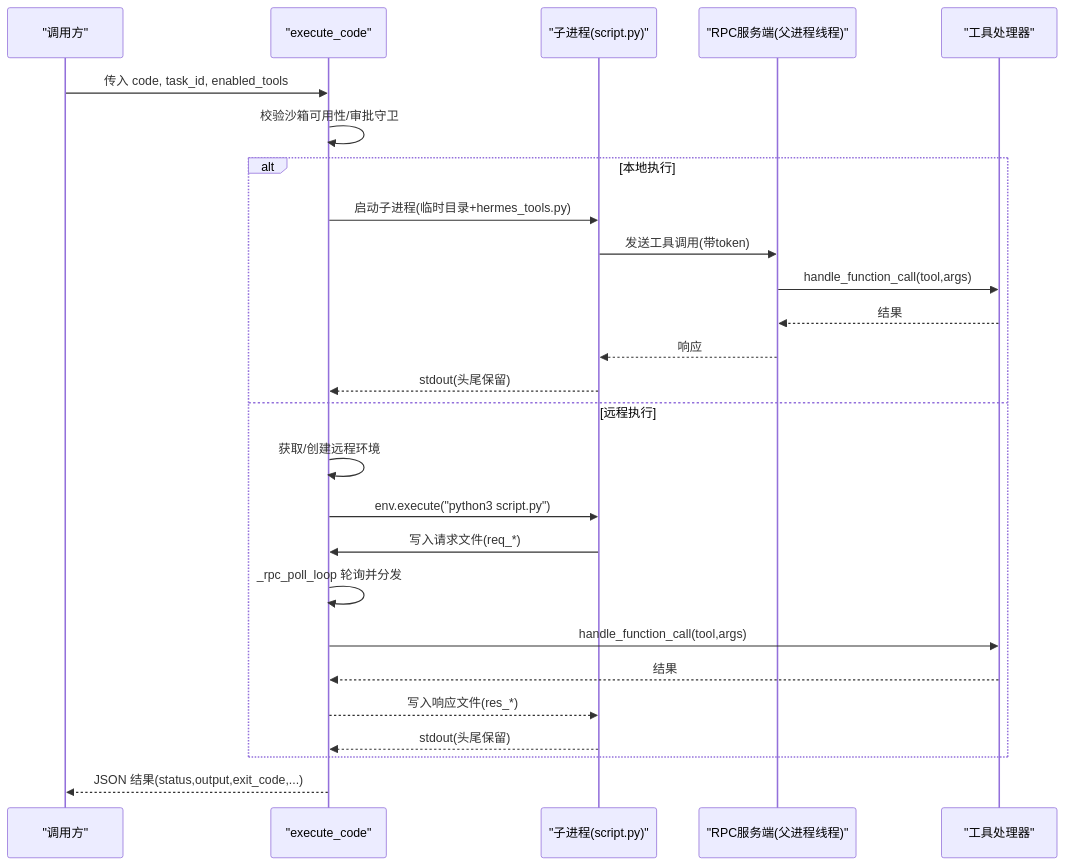
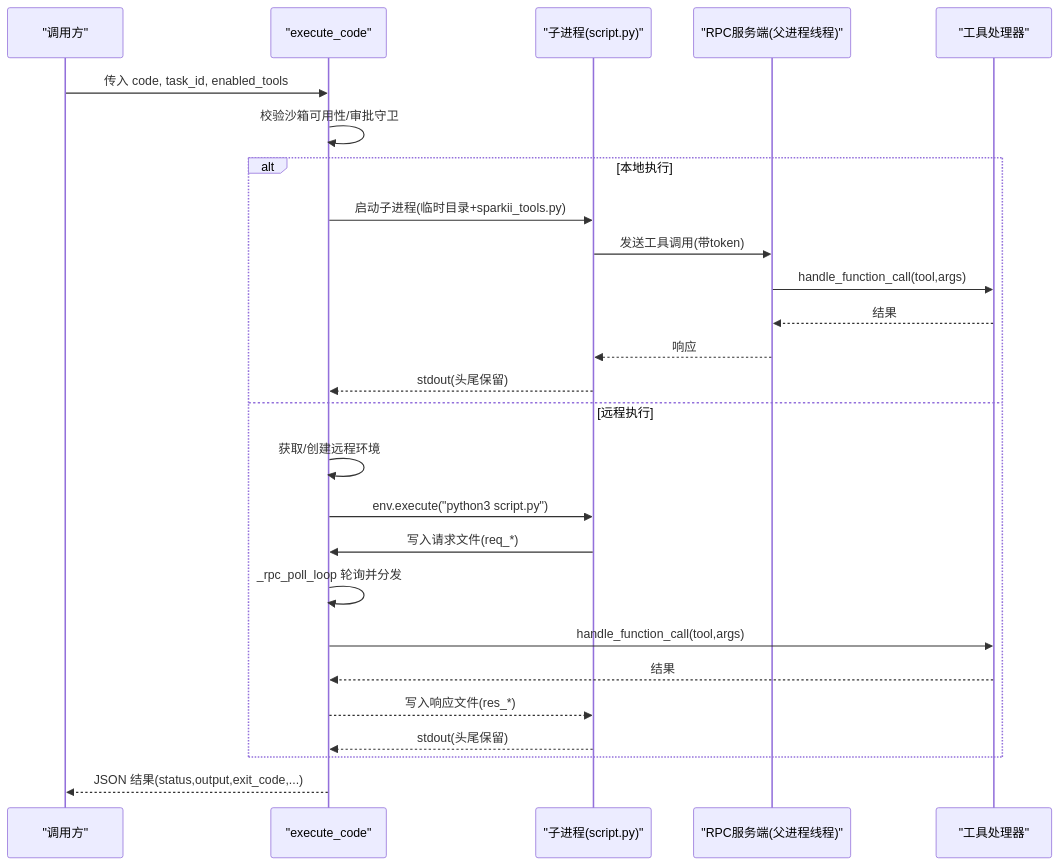
One commit to YueDJ/SpaikiiDesktop changed the second of 7 diagrams in .qoder/repowiki/zh/content/用户指南/桌面应用使用指南/工具使用指南/代码执行工具.md. Above: the diagram before and after it, drawn with Mermaid. The commit also changed other lines of this file and 299 other files, not shown here.

````diff
--- a/.qoder/repowiki/zh/content/用户指南/桌面应用使用指南/工具使用指南/代码执行工具.md
+++ b/.qoder/repowiki/zh/content/用户指南/桌面应用使用指南/工具使用指南/代码执行工具.md
@@ -81,28 +81,28 @@
 ```mermaid
 sequenceDiagram
 participant Caller as "调用方"
 participant Exec as "execute_code"
 participant Child as "子进程(script.py)"
 participant RPCSrv as "RPC服务端(父进程线程)"
 participant Tools as "工具处理器"
 Caller->>Exec : 传入 code, task_id, enabled_tools
 Exec->>Exec : 校验沙箱可用性/审批守卫
 alt 本地执行
-Exec->>Child : 启动子进程(临时目录+hermes_tools.py)
+Exec->>Child : 启动子进程(临时目录+sparkii_tools.py)
 Child->>RPCSrv : 发送工具调用(带token)
 RPCSrv->>Tools : handle_function_call(tool,args)
 Tools-->>RPCSrv : 结果
 RPCSrv-->>Child : 响应
 Child-->>Exec : stdout(头尾保留)
 else 远程执行
 Exec->>Exec : 获取/创建远程环境
 Exec->>Child : env.execute("python3 script.py")
 Child->>Exec : 写入请求文件(req_*)
 Exec->>Exec : _rpc_poll_loop 轮询并分发
 Exec->>Tools : handle_function_call(tool,args)
 Tools-->>Exec : 结果
 Exec-->>Child : 写入响应文件(res_*)
 Child-->>Exec : stdout(头尾保留)
 end
 Exec-->>Caller : JSON 结果(status,output,exit_code,...)
 ```
````
